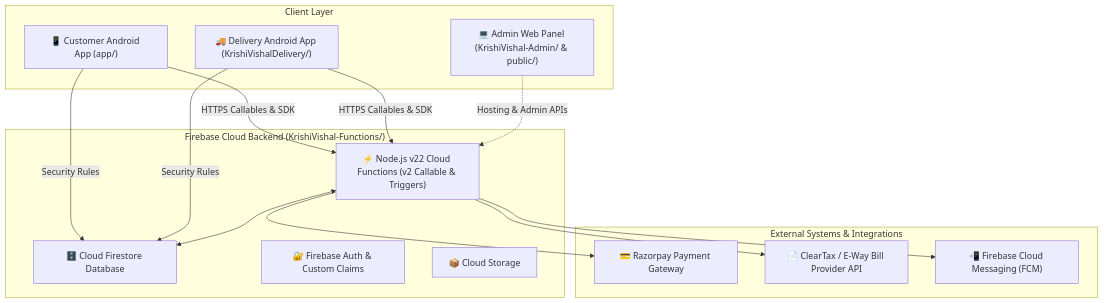
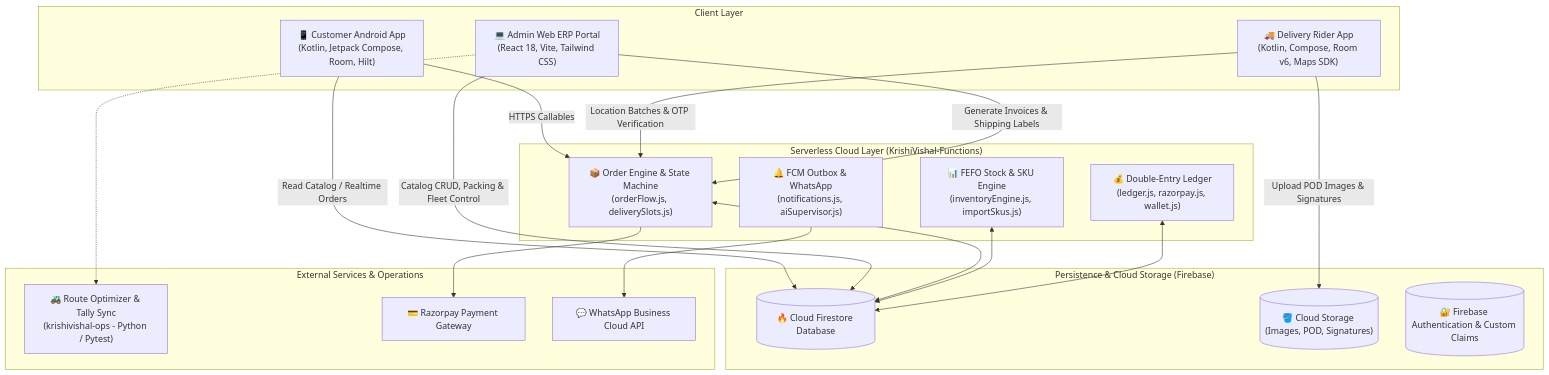
Before and after one commit to Vishal0325/KrishiVishal: the first of 2 diagrams in README.md, drawn with Mermaid. The commit also changed other lines of this file, not shown here.

````diff
--- a/README.md
+++ b/README.md
@@ -21,31 +16,49 @@
 ```mermaid
-graph TD
-    subgraph "Client Layer"
-        A["📱 Customer Android App (app/)"]
-        B["🚚 Delivery Android App (KrishiVishalDelivery/)"]
-        C["💻 Admin Web Panel (KrishiVishal-Admin/ & public/)"]
+flowchart TB
+    subgraph Clients ["Client Layer"]
+        UserApp["📱 Customer Android App
+(Kotlin, Jetpack Compose, Room, Hilt)"]
+        RiderApp["🚚 Delivery Rider App
+(Kotlin, Compose, Room v6, Maps SDK)"]
+        AdminWeb["💻 Admin Web ERP Portal
+(React 18, Vite, Tailwind CSS)"]
     end
 
-    subgraph "Firebase Cloud Backend (KrishiVishal-Functions/)"
-        D["⚡ Node.js v22 Cloud Functions (v2 Callable & Triggers)"]
-        E["🗄️ Cloud Firestore Database"]
-        F["🔐 Firebase Auth & Custom Claims"]
-        G["📦 Cloud Storage"]
+    subgraph Backend ["Serverless Cloud Layer (KrishiVishal-Functions)"]
+        OrderFlow["📦 Order Engine & State Machine
+(orderFlow.js, deliverySlots.js)"]
+        InventoryEngine["📊 FEFO Stock & SKU Engine
+(inventoryEngine.js, importSkus.js)"]
+        FinanceLedger["💰 Double-Entry Ledger
+(ledger.js, razorpay.js, wallet.js)"]
+        NotificationEngine["🔔 FCM Outbox & WhatsApp
+(notifications.js, aiSupervisor.js)"]
     end
 
-    subgraph "External Systems & Integrations"
-        H["💳 Razorpay Payment Gateway"]
-        I["📄 ClearTax / E-Way Bill Provider API"]
-        J["📲 Firebase Cloud Messaging (FCM)"]
+    subgraph Database ["Persistence & Cloud Storage (Firebase)"]
+        Firestore[("🔥 Cloud Firestore Database")]
+        Storage[("🪣 Cloud Storage (Images, POD, Signatures)")]
+        Auth[("🔐 Firebase Authentication & Custom Claims")]
     end
 
-    A -->|HTTPS Callables & SDK| D
-    B -->|HTTPS Callables & SDK| D
-    C -.->|Hosting & Admin APIs| D
-    A -->|Security Rules| E
-    B -->|Security Rules| E
-    D <--> E
-    D --> H
-    D --> I
-    D --> J
+    subgraph External ["External Services & Operations"]
+        OpsEngine["🚜 Route Optimizer & Tally Sync
+(krishivishal-ops - Python / Pytest)"]
+        Razorpay["💳 Razorpay Payment Gateway"]
+        WhatsApp["💬 WhatsApp Business Cloud API"]
+    end
+
+    UserApp -->|HTTPS Callables| OrderFlow
+    UserApp -->|Read Catalog / Realtime Orders| Firestore
+    RiderApp -->|Location Batches & OTP Verification| OrderFlow
+    RiderApp -->|Upload POD Images & Signatures| Storage
+    AdminWeb -->|Catalog CRUD, Packing & Fleet Control| Firestore
+    AdminWeb -->|Generate Invoices & Shipping Labels| OrderFlow
+
+    OrderFlow <--> Firestore
+    InventoryEngine <--> Firestore
+    FinanceLedger <--> Firestore
+    NotificationEngine --> WhatsApp
+    OrderFlow --> Razorpay
+    AdminWeb -.-> OpsEngine
 ```
````
